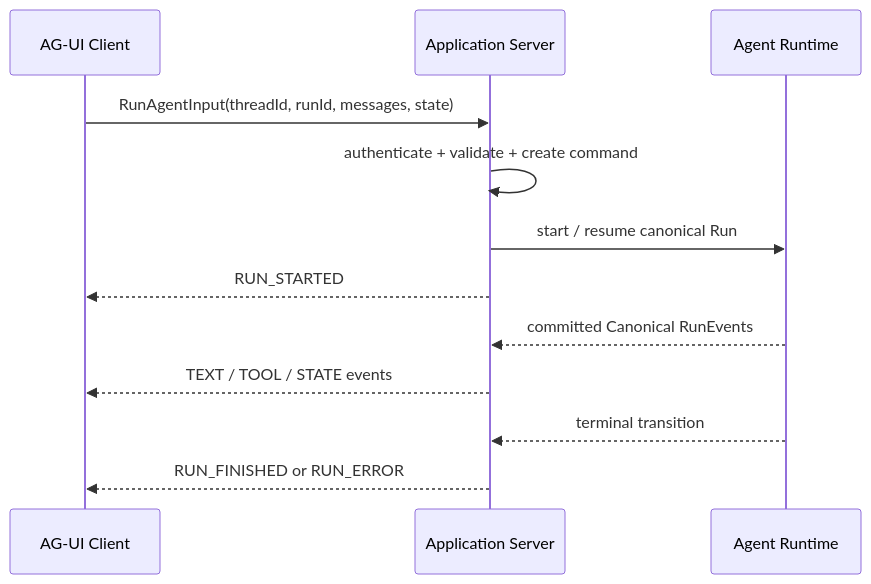
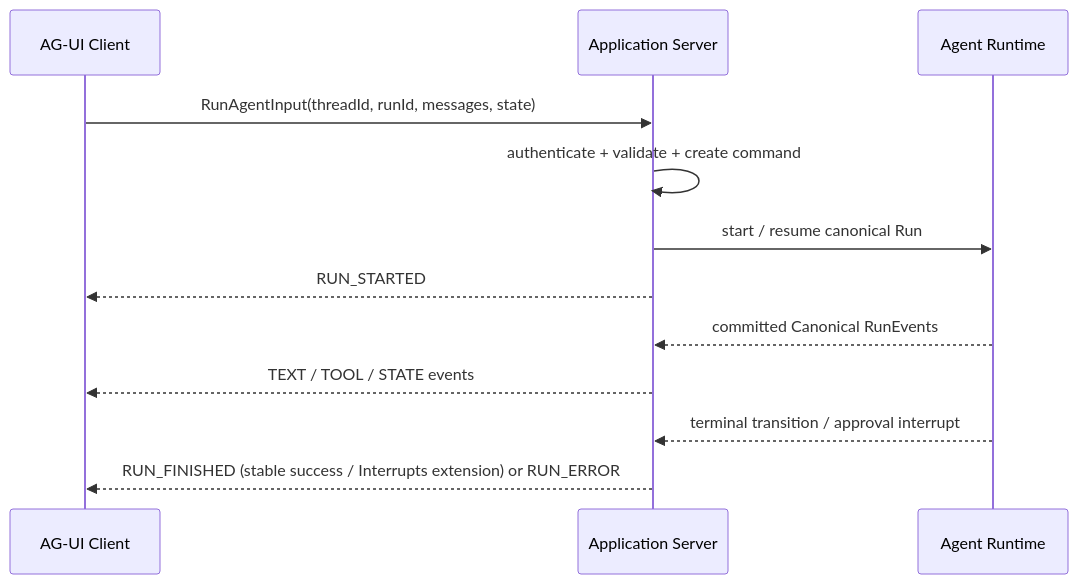
The second of 3 diagrams in site/05-模型接口与Agent内核/10-AG-UI与前端事件适配.md (whatthehan/masterpiece-static-docs), drawn with Mermaid before and after one commit. The commit also changed other lines of this file and 252 other files, not shown here.

````diff
--- a/site/05-模型接口与Agent内核/10-AG-UI与前端事件适配.md
+++ b/site/05-模型接口与Agent内核/10-AG-UI与前端事件适配.md
@@ -54,15 +54,15 @@
 ```mermaid
 sequenceDiagram
     participant UI as AG-UI Client
     participant AS as Application Server
     participant RT as Agent Runtime
 
     UI->>AS: RunAgentInput(threadId, runId, messages, state)
     AS->>AS: authenticate + validate + create command
     AS->>RT: start / resume canonical Run
     AS-->>UI: RUN_STARTED
     RT-->>AS: committed Canonical RunEvents
     AS-->>UI: TEXT / TOOL / STATE events
-    RT-->>AS: terminal transition
-    AS-->>UI: RUN_FINISHED or RUN_ERROR
+    RT-->>AS: terminal transition / approval interrupt
+    AS-->>UI: RUN_FINISHED (stable success / Interrupts extension) or RUN_ERROR
 ```
````
